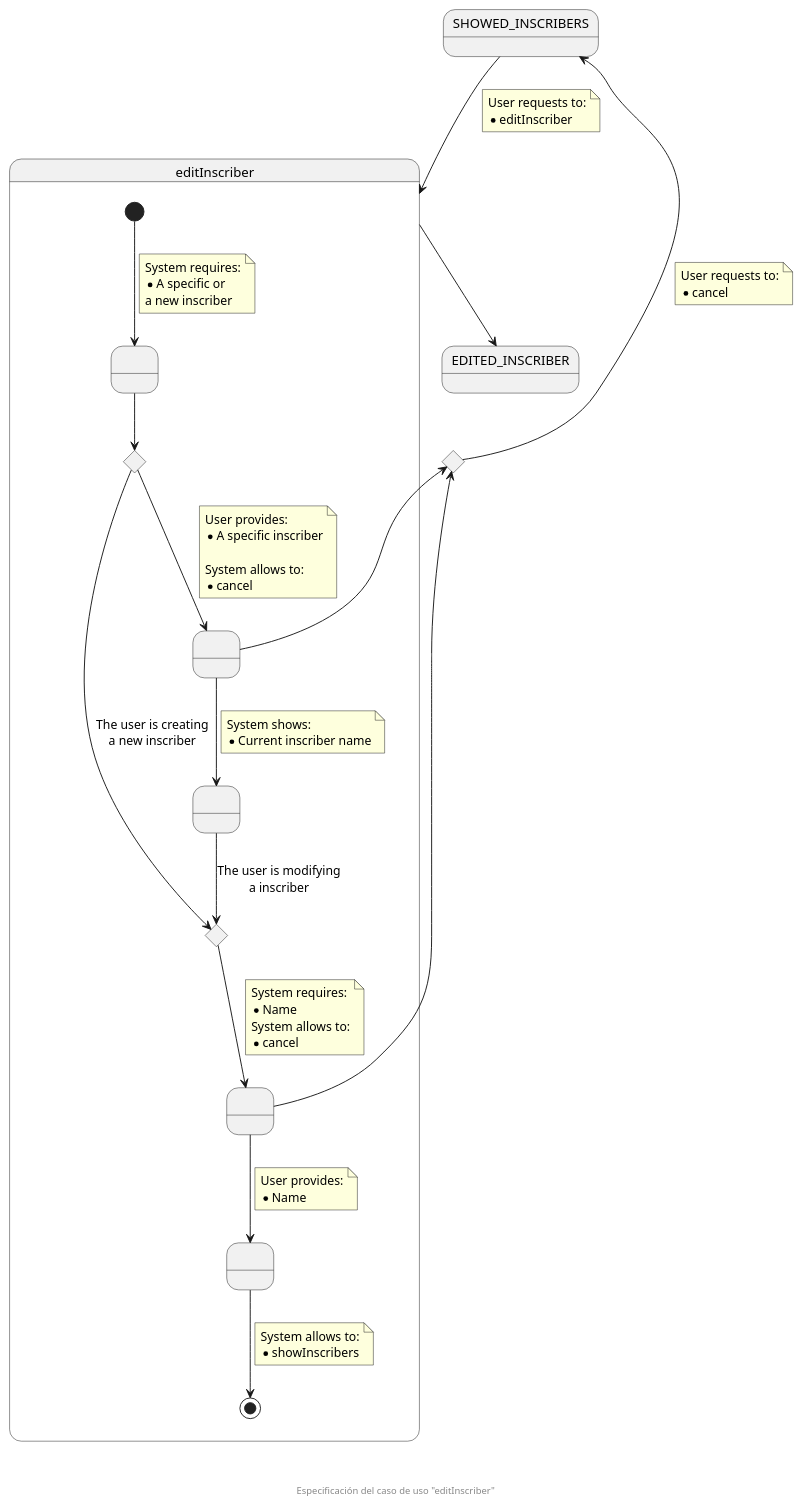
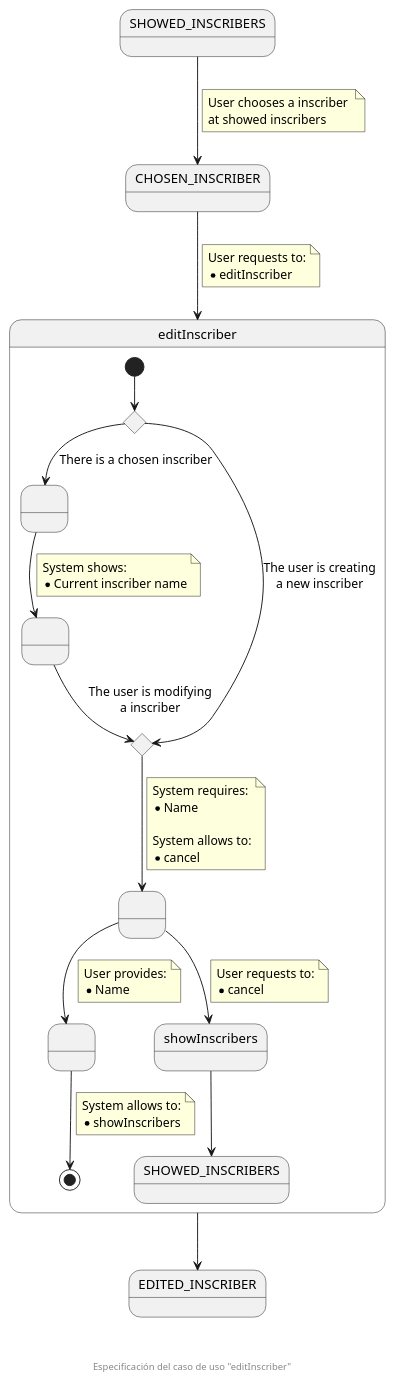
The diagram in documentation/diagrams/useCasesSpecification/organizationSecretary/12_editInscriber.puml (zuldare/mastercloud_pfm_halterocms), drawn with PlantUML before and after one commit.

Commit message:
Fix editInscriber use case specification

```diff
--- a/documentation/diagrams/useCasesSpecification/organizationSecretary/12_editInscriber.puml
+++ b/documentation/diagrams/useCasesSpecification/organizationSecretary/12_editInscriber.puml
@@ -1,71 +1,64 @@
 @startuml
 state SHOWED_INSCRIBERS
-state enterCancelCHC <<choice>>
+state CHOSEN_INSCRIBER
 state editInscriber {
-  state " " as pendingInscriber
   state createOrModifyCHC <<choice>>
   state " " as providedInscriber
   state " " as showedData
   state createOrModifyCHC2 <<choice>>
   state " " as pendingData
   state " " as providedData
-  [*] --> pendingInscriber
-  note on link
-    System requires:
-    * A specific or 
-    a new inscriber
-  end note
-  pendingInscriber --> createOrModifyCHC
-  createOrModifyCHC --> providedInscriber
-  note on link
-    User provides:
-    * A specific inscriber
-
-    System allows to:
-    * cancel
-  end note
- createOrModifyCHC --> createOrModifyCHC2 : The user is creating\na new inscriber
+  [*] --> createOrModifyCHC
+  createOrModifyCHC --> providedInscriber : There is a chosen inscriber
+  createOrModifyCHC --> createOrModifyCHC2 : The user is creating\na new inscriber
   providedInscriber --> showedData
   note on link
     System shows:
     * Current inscriber name
   end note
   showedData --> createOrModifyCHC2 : The user is modifying\na inscriber
   createOrModifyCHC2 --> pendingData
   note on link
     System requires:
     * Name
+
     System allows to:
     * cancel
   end note
-  pendingData -u-> enterCancelCHC
-  pendingData --> providedData
+  pendingData --> showInscribers
+  note on link
+    User requests to:
+    * cancel
+  end note
+  showInscribers --> SHOWED_INSCRIBERS_F
+  pendingData --> providedData 
   note on link
     User provides:
     * Name
   end note
-  providedInscriber -u-> enterCancelCHC
   providedData --> [*]
   note on link
     System allows to:
     * showInscribers
   end note
 }
 state EDITED_INSCRIBER
+state showInscribers
+state "SHOWED_INSCRIBERS" as SHOWED_INSCRIBERS_F
 
-SHOWED_INSCRIBERS -d-> editInscriber
+SHOWED_INSCRIBERS --> CHOSEN_INSCRIBER
+note on link
+  User chooses a inscriber 
+  at showed inscribers
+end note
+
+CHOSEN_INSCRIBER --> editInscriber
 note on link
   User requests to:
   * editInscriber
 end note
 
-editInscriber -d-> EDITED_INSCRIBER
-
-enterCancelCHC -u-> SHOWED_INSCRIBERS
-note on link
-  User requests to:
-  * cancel
-end note
+editInscriber --> EDITED_INSCRIBER
 
 footer \n\n\n Especificación del caso de uso "editInscriber"
 @enduml
```
